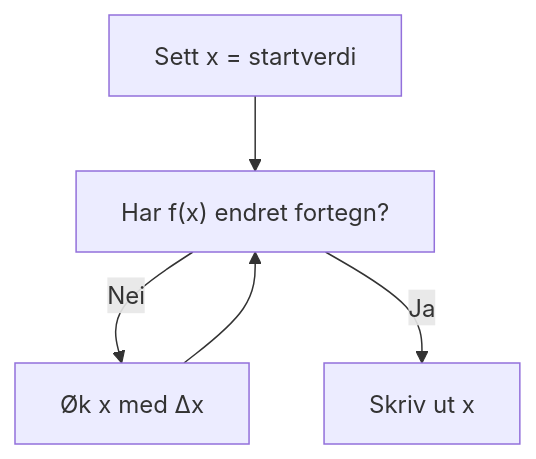
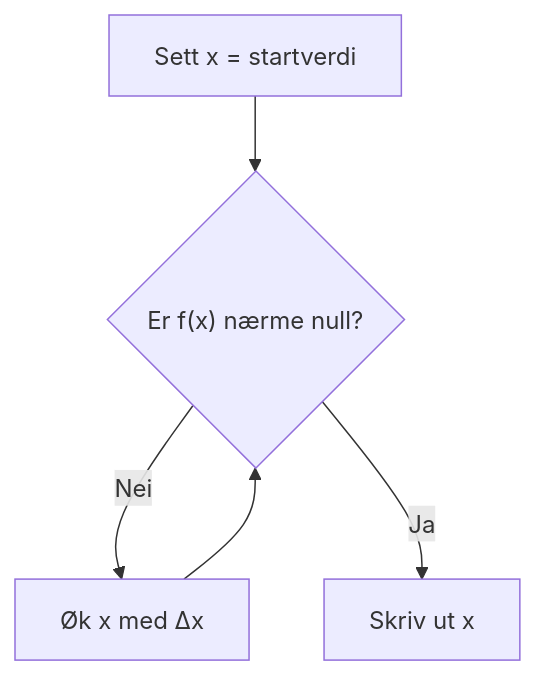
The diagram in book/lineære_funksjoner/likninger/programmering/flytdiagrammer/eksempel_1.md (reneaas/matematikk_1t), drawn with Mermaid before and after one commit. The commit also changed 49 other files, not shown here.

````diff
--- a/book/lineære_funksjoner/likninger/programmering/flytdiagrammer/eksempel_1.md
+++ b/book/lineære_funksjoner/likninger/programmering/flytdiagrammer/eksempel_1.md
@@ -1,7 +1,7 @@
 ```{mermaid} 
 flowchart TD
     A["Sett x = startverdi"] --> B
-    B["Har f(x) endret fortegn?"] --> |Nei| C[Øk x med Δx]
+    B{"Er f(x) nærme null?"} --> |Nei| C[Øk x med Δx]
     C --> B
     B --> |Ja| D["Skriv ut x"]
 ```
````
